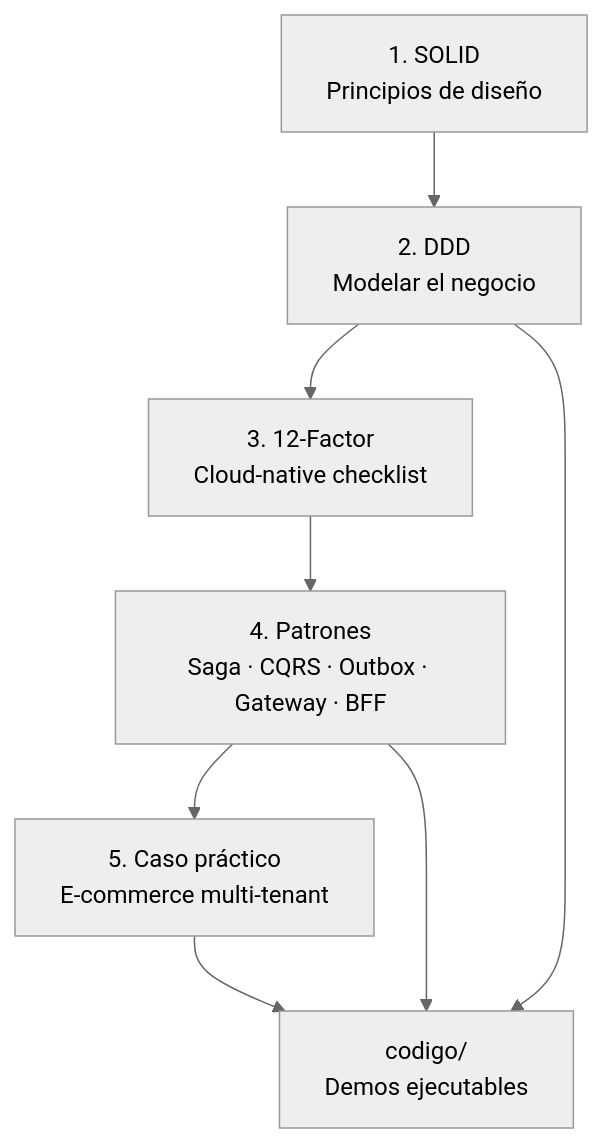
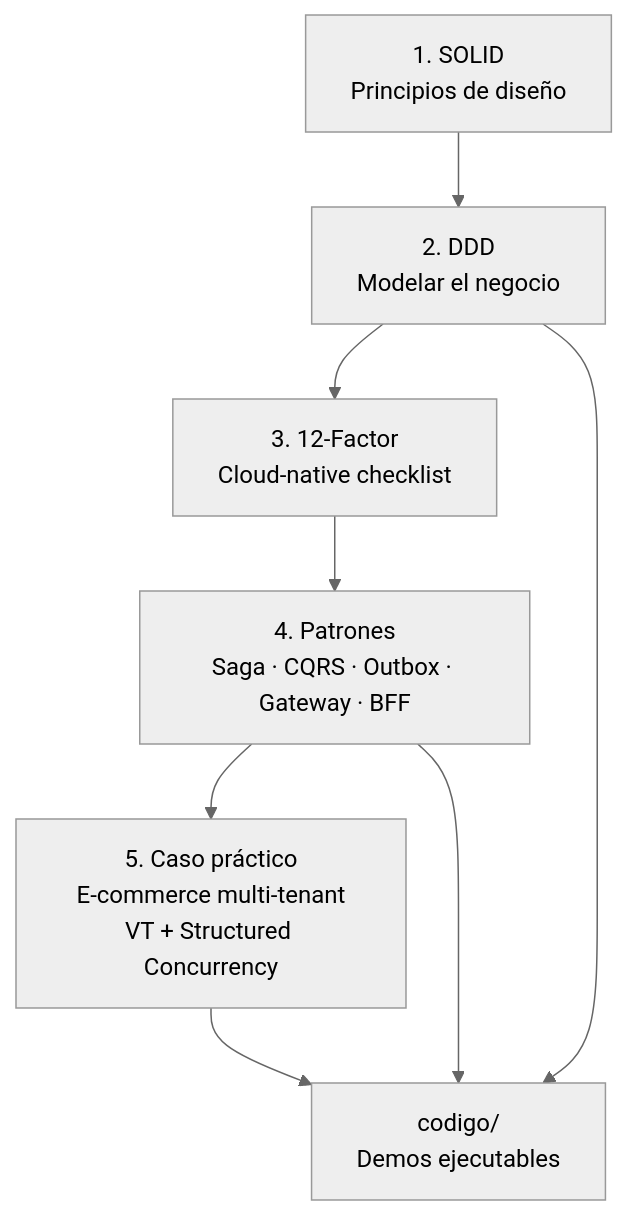
The diagram in modulo-01-fundamentos-arquitectura/README.md (joedayz/microservicios-2026), drawn with Mermaid (neutral theme) before and after one commit. The commit also changed other lines of this file and 4 other files, not shown here.

````diff
--- a/modulo-01-fundamentos-arquitectura/README.md
+++ b/modulo-01-fundamentos-arquitectura/README.md
@@ -35,13 +36,13 @@
 ```mermaid
 flowchart TB
     SOLID["1. SOLID<br/>Principios de diseño"]
     DDD["2. DDD<br/>Modelar el negocio"]
     F12["3. 12-Factor<br/>Cloud-native checklist"]
     PAT["4. Patrones<br/>Saga · CQRS · Outbox · Gateway · BFF"]
-    CASO["5. Caso práctico<br/>E-commerce multi-tenant"]
+    CASO["5. Caso práctico<br/>E-commerce multi-tenant<br/>VT + Structured Concurrency"]
 
     SOLID --> DDD --> F12 --> PAT --> CASO
     CASO --> CODE["codigo/<br/>Demos ejecutables"]
     PAT --> CODE
     DDD --> CODE
 ```
````
